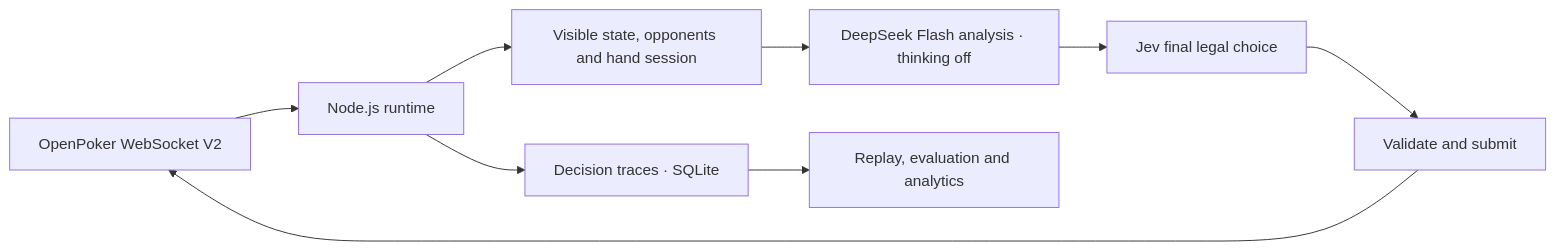
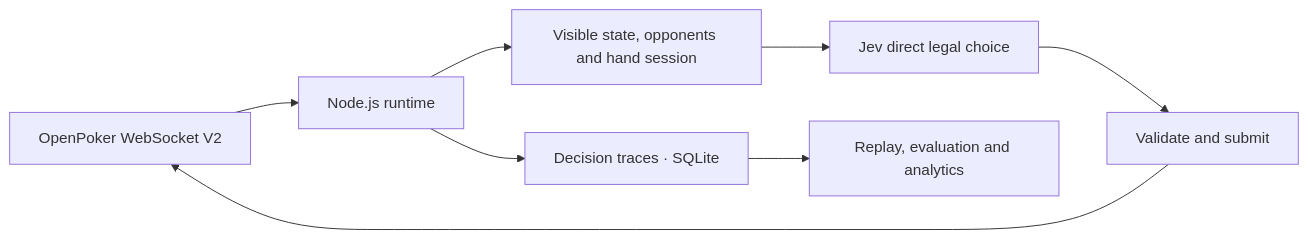
One commit to hewenyu/jev-card-agent changed the diagram in README.md. Above: the diagram before and after it, drawn with Mermaid. The commit also changed other lines of this file and 25 other files, not shown here.

````diff
--- a/README.md
+++ b/README.md
@@ -29,11 +29,10 @@
 ```mermaid
 flowchart LR
   O[OpenPoker WebSocket V2] --> R[Node.js runtime]
   R --> C[Visible state, opponents and hand session]
-  C --> A[DeepSeek Flash analysis · thinking off]
-  A --> J[Jev final legal choice]
+  C --> J[Jev direct legal choice]
   J --> V[Validate and submit]
   V --> O
   R --> T[Decision traces · SQLite]
   T --> E[Replay, evaluation and analytics]
 ```
````
